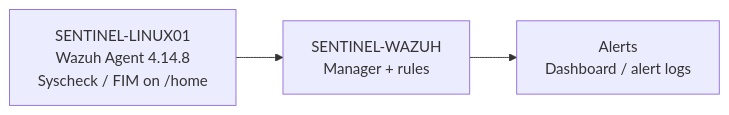
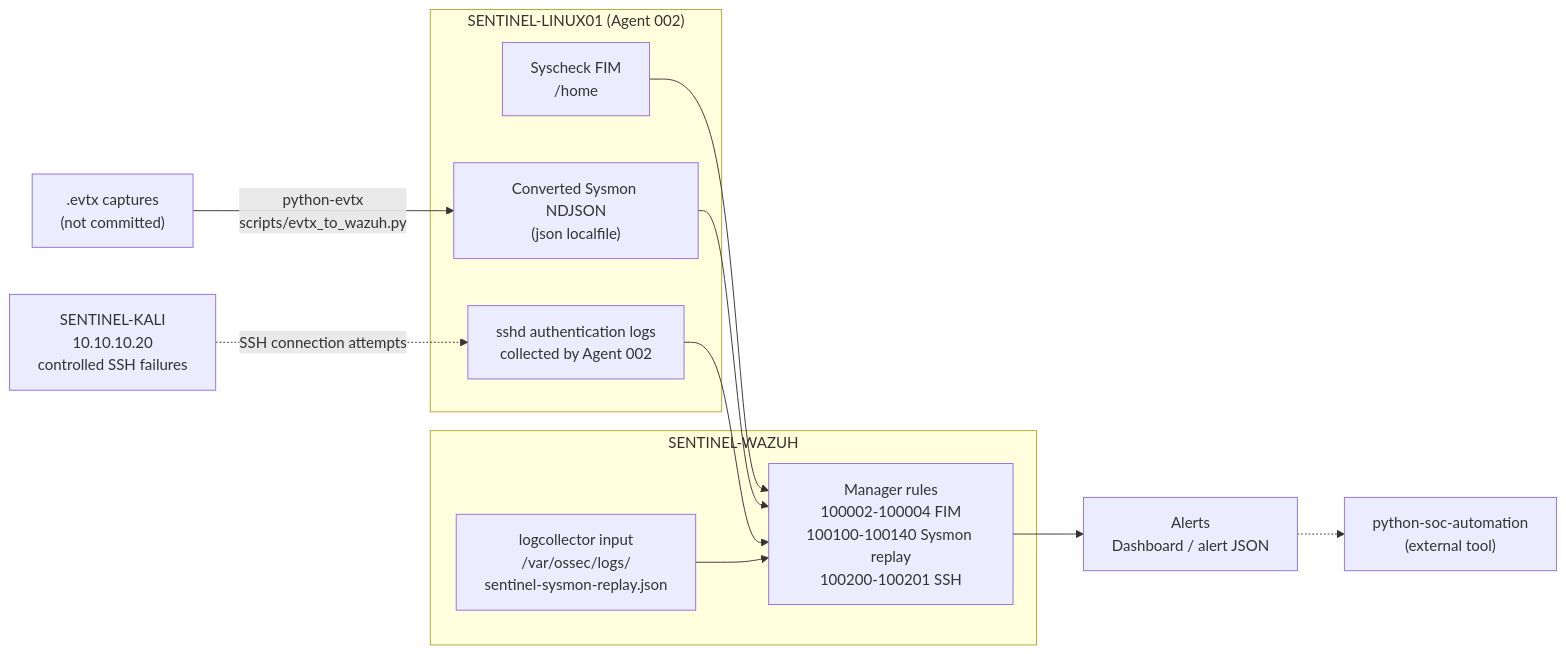
Before and after one commit to andyydz/sentinel-soc-lab: the third of 4 diagrams in docs/03-architecture.md, drawn with Mermaid. The commit also changed other lines of this file, not shown here.

````diff
--- a/docs/03-architecture.md
+++ b/docs/03-architecture.md
@@ -121,5 +121,23 @@
 ```mermaid
 flowchart LR
-    L["SENTINEL-LINUX01<br/>Wazuh Agent 4.14.8<br/>Syscheck / FIM on /home"] --> W["SENTINEL-WAZUH<br/>Manager + rules"]
-    W --> A["Alerts<br/>Dashboard / alert logs"]
+    subgraph EP["SENTINEL-LINUX01 (Agent 002)"]
+        FIM["Syscheck FIM<br/>/home"]
+        SSHD["sshd authentication logs<br/>collected by Agent 002"]
+        EVJ["Converted Sysmon NDJSON<br/>(json localfile)"]
+    end
+
+    KALI["SENTINEL-KALI<br/>10.10.10.20<br/>controlled SSH failures"] -.->|"SSH connection attempts"| SSHD
+    EVTX[".evtx captures<br/>(not committed)"] -->|"python-evtx<br/>scripts/evtx_to_wazuh.py"| EVJ
+
+    subgraph MGR["SENTINEL-WAZUH"]
+        RULES["Manager rules<br/>100002-100004 FIM<br/>100100-100140 Sysmon replay<br/>100200-100201 SSH"]
+        JLC["logcollector input<br/>/var/ossec/logs/<br/>sentinel-sysmon-replay.json"]
+    end
+
+    FIM --> RULES
+    EVJ --> RULES
+    SSHD --> RULES
+    JLC --> RULES
+    RULES --> ALERTS["Alerts<br/>Dashboard / alert JSON"]
+    ALERTS -.-> TRIAGE["python-soc-automation<br/>(external tool)"]
 ```
````
